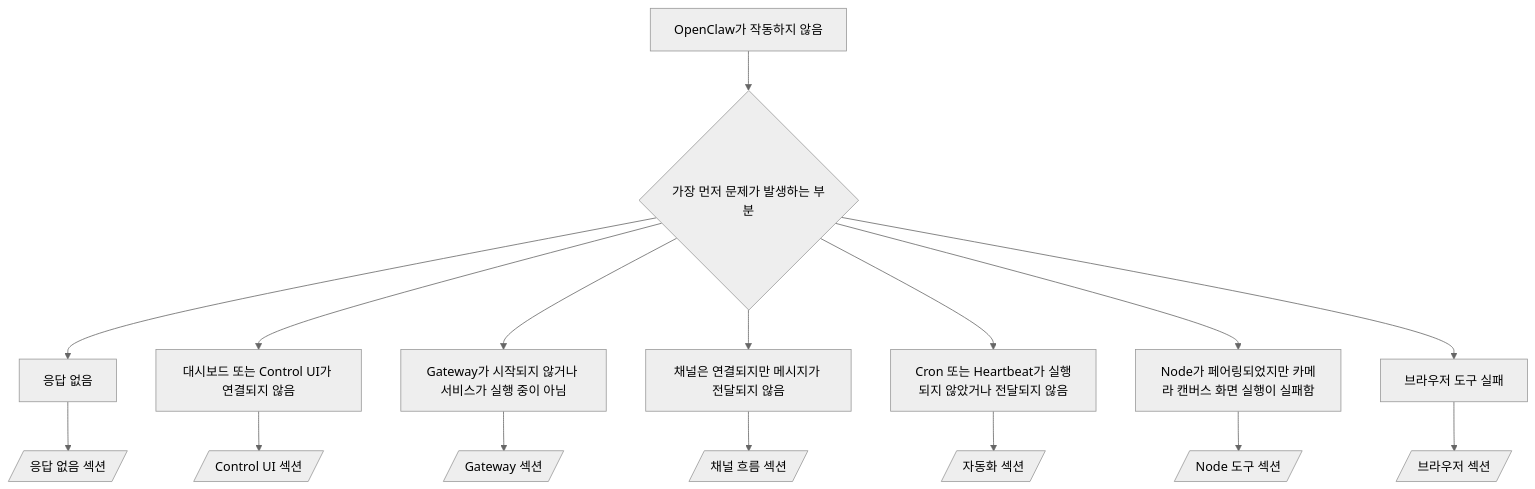
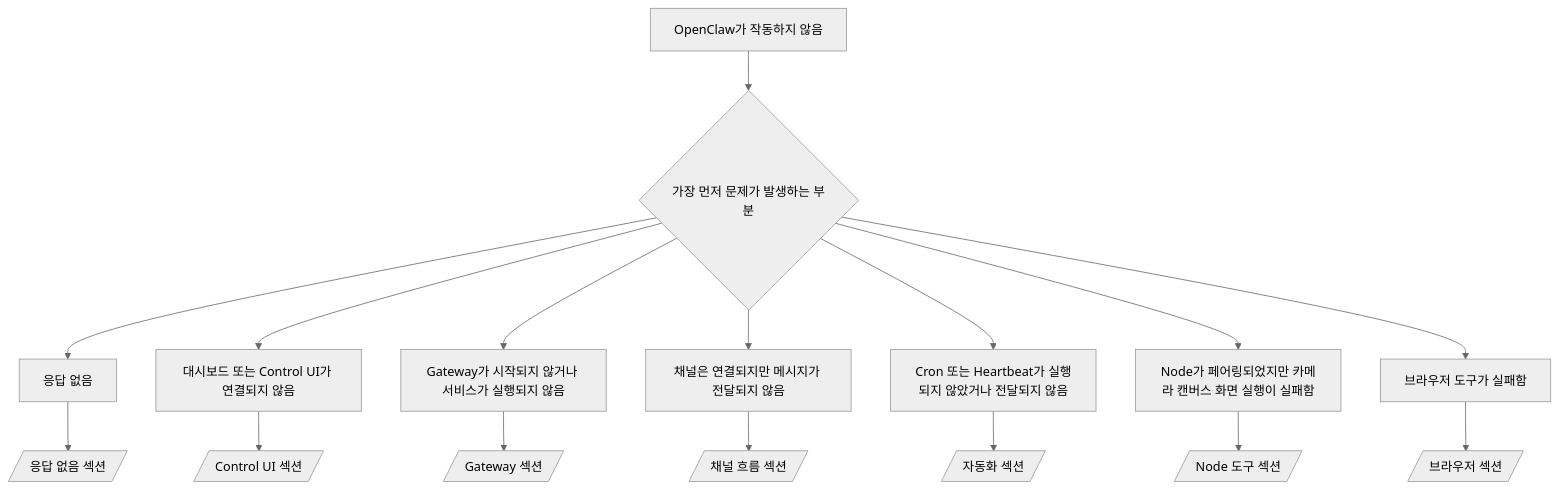
One commit to openclaw/docs changed the diagram in docs/ko/help/troubleshooting.md. Above: the diagram before and after it, drawn with Mermaid (neutral theme). The commit also changed other lines of this file and 11240 other files, not shown here.

````diff
--- a/docs/ko/help/troubleshooting.md
+++ b/docs/ko/help/troubleshooting.md
@@ -193,19 +192,19 @@
 ```mermaid
 flowchart TD
   A[OpenClaw가 작동하지 않음] --> B{가장 먼저 문제가 발생하는 부분}
   B --> C[응답 없음]
   B --> D[대시보드 또는 Control UI가 연결되지 않음]
-  B --> E[Gateway가 시작되지 않거나 서비스가 실행 중이 아님]
+  B --> E[Gateway가 시작되지 않거나 서비스가 실행되지 않음]
   B --> F[채널은 연결되지만 메시지가 전달되지 않음]
   B --> G[Cron 또는 Heartbeat가 실행되지 않았거나 전달되지 않음]
   B --> H[Node가 페어링되었지만 카메라 캔버스 화면 실행이 실패함]
-  B --> I[브라우저 도구 실패]
+  B --> I[브라우저 도구가 실패함]
 
   C --> C1[/응답 없음 섹션/]
   D --> D1[/Control UI 섹션/]
   E --> E1[/Gateway 섹션/]
   F --> F1[/채널 흐름 섹션/]
   G --> G1[/자동화 섹션/]
   H --> H1[/Node 도구 섹션/]
   I --> I1[/브라우저 섹션/]
 ```
````
